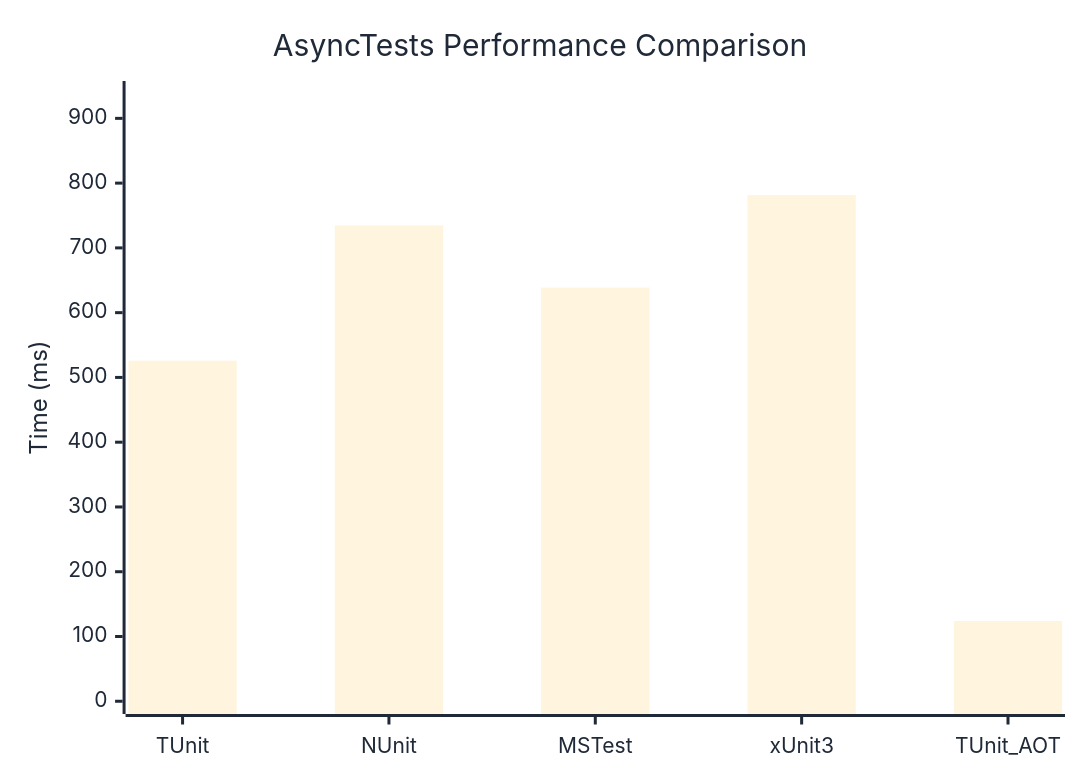
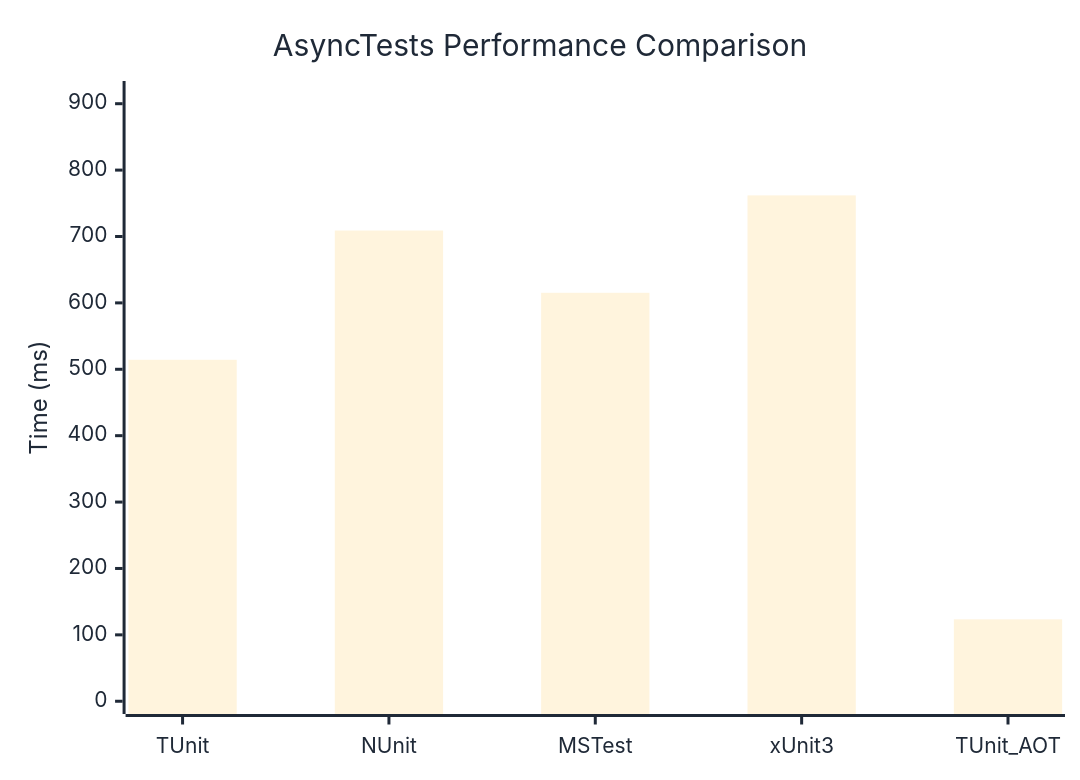
The diagram in docs/docs/benchmarks/AsyncTests.md (thomhurst/TUnit), drawn with Mermaid before and after one commit. The commit also changed other lines of this file and 17 other files, not shown here.

````diff
--- a/docs/docs/benchmarks/AsyncTests.md
+++ b/docs/docs/benchmarks/AsyncTests.md
@@ -27,37 +27,37 @@
 ```mermaid
 %%{init: {
   'theme':'base',
   'themeVariables': {
     'primaryColor': '#2563eb',
     'primaryTextColor': '#1f2937',
     'primaryBorderColor': '#1e40af',
     'lineColor': '#6b7280',
     'secondaryColor': '#7c3aed',
     'tertiaryColor': '#dc2626',
     'background': '#ffffff',
     'mainBkg': '#2563eb',
     'secondBkg': '#7c3aed',
     'tertiaryBkg': '#dc2626',
     'clusterBkg': '#f3f4f6',
     'edgeLabelBackground': '#ffffff',
     'tertiaryTextColor': '#1f2937',
     'pie1': '#2563eb',
     'pie2': '#7c3aed',
     'pie3': '#dc2626',
     'pie4': '#f59e0b',
     'pie5': '#10b981',
     'pie6': '#06b6d4',
     'pie7': '#ec4899',
     'pie8': '#6366f1',
     'pie9': '#84cc16',
     'pie10': '#f97316',
     'pie11': '#14b8a6',
     'pie12': '#a855f7'
   }
 }}%%
 xychart-beta
   title "AsyncTests Performance Comparison"
   x-axis ["TUnit", "NUnit", "MSTest", "xUnit3", "TUnit_AOT"]
-  y-axis "Time (ms)" 0 --> 938
-  bar [525.8, 734.6, 638.7, 781.5, 123.9]
+  y-axis "Time (ms)" 0 --> 915
+  bar [514.3, 709, 615.2, 761.9, 123.4]
 ```
````
